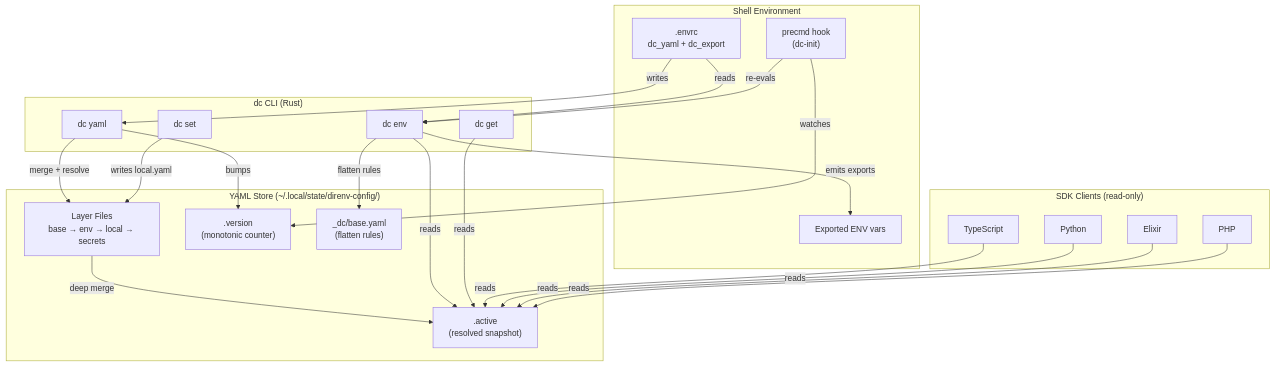
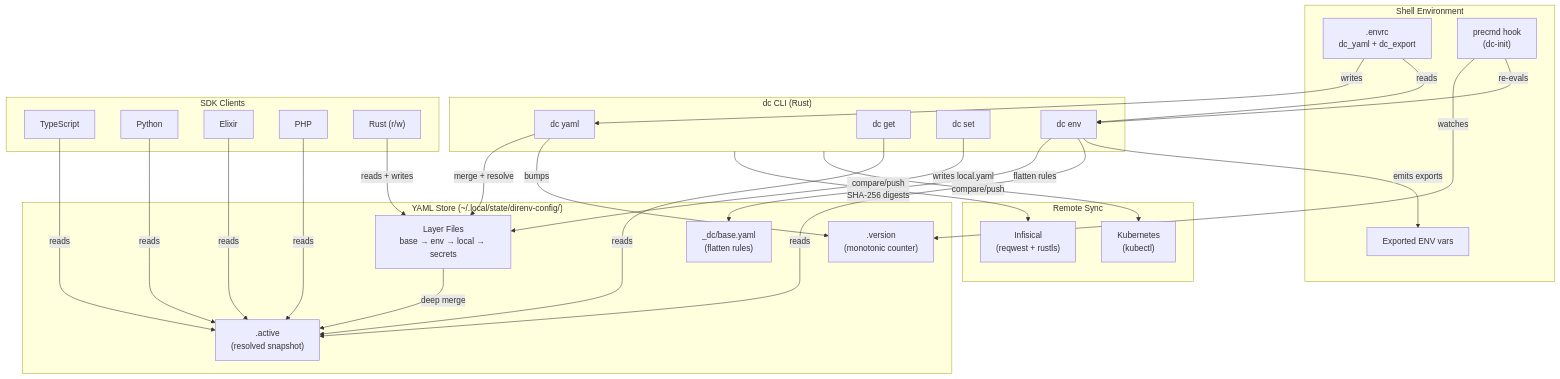
Before and after one commit to the-robot-lives/direnv-config: the diagram in docs/PROJ-ARCH.md, drawn with Mermaid. The commit also changed other lines of this file and 5 other files, not shown here.

````diff
--- a/docs/PROJ-ARCH.md
+++ b/docs/PROJ-ARCH.md
@@ -11,43 +11,52 @@
 ```mermaid
 graph TB
     subgraph Shell["Shell Environment"]
         envrc[".envrc<br/>dc_yaml + dc_export"]
         precmd["precmd hook<br/>(dc-init)"]
         env["Exported ENV vars"]
     end
 
     subgraph CLI["dc CLI (Rust)"]
         yaml_cmd["dc yaml"]
         get_cmd["dc get"]
         set_cmd["dc set"]
         env_cmd["dc env"]
     end
 
     subgraph Store["YAML Store (~/.local/state/direnv-config/)"]
         layers["Layer Files<br/>base → env → local → secrets"]
         active[".active<br/>(resolved snapshot)"]
         version[".version<br/>(monotonic counter)"]
         dc_cfg["_dc/base.yaml<br/>(flatten rules)"]
     end
 
-    subgraph SDKs["SDK Clients (read-only)"]
+    subgraph SDKs["SDK Clients"]
         ts["TypeScript"]
         py["Python"]
         ex["Elixir"]
         php["PHP"]
+        rs["Rust (r/w)"]
+    end
+
+    subgraph Remote["Remote Sync"]
+        inf["Infisical<br/>(reqwest + rustls)"]
+        k8s["Kubernetes<br/>(kubectl)"]
     end
 
     envrc -->|writes| yaml_cmd
     yaml_cmd -->|merge + resolve| layers
     layers -->|deep merge| active
     yaml_cmd -->|bumps| version
     envrc -->|reads| env_cmd
     env_cmd -->|flatten rules| dc_cfg
     env_cmd -->|reads| active
     env_cmd -->|emits exports| env
     precmd -->|watches| version
     precmd -->|re-evals| env_cmd
     set_cmd -->|writes local.yaml| layers
     get_cmd -->|reads| active
     ts & py & ex & php -->|reads| active
+    rs -->|reads + writes| layers
+    CLI -->|compare/push<br/>SHA-256 digests| inf
+    CLI -->|compare/push| k8s
 ```
````
